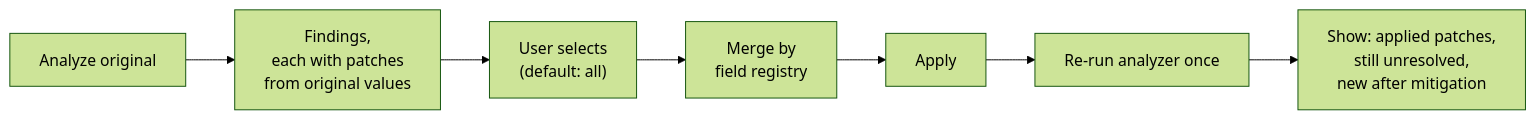
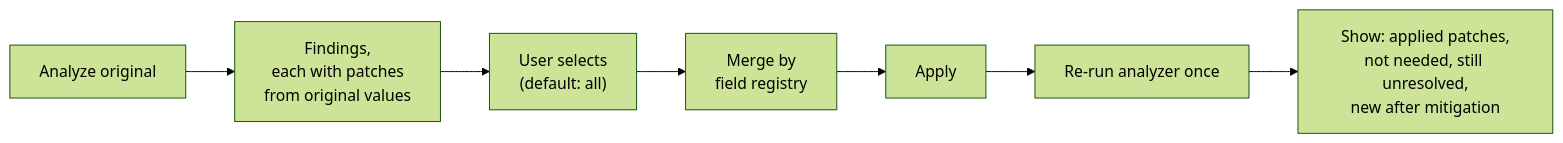
Before and after one commit to rgrandl/config-analyzer: the third of 6 diagrams in DESIGN.md, drawn with Mermaid (forest theme). The commit also changed other lines of this file and 13 other files, not shown here.

````diff
--- a/DESIGN.md
+++ b/DESIGN.md
@@ -309,9 +315,9 @@
 ```mermaid
 flowchart LR
     A["Analyze original"] --> B["Findings,<br/>each with patches<br/>from original values"]
     B --> C["User selects<br/>(default: all)"]
     C --> D["Merge by<br/>field registry"]
     D --> E["Apply"]
     E --> F["Re-run analyzer once"]
-    F --> G["Show: applied patches,<br/>still unresolved,<br/>new after mitigation"]
+    F --> G["Show: applied patches,<br/>not needed, still unresolved,<br/>new after mitigation"]
 ```
````
